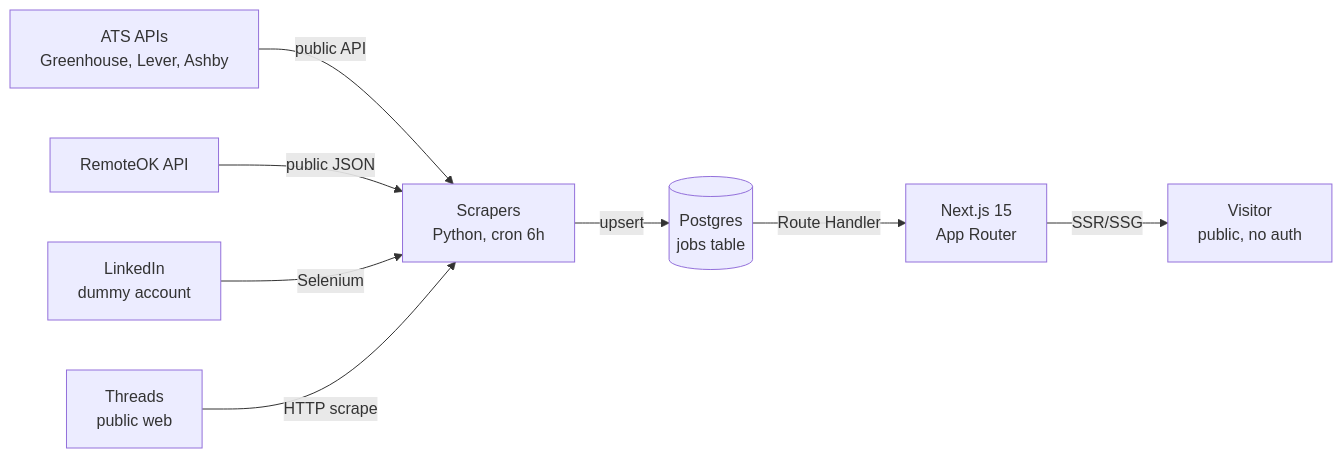
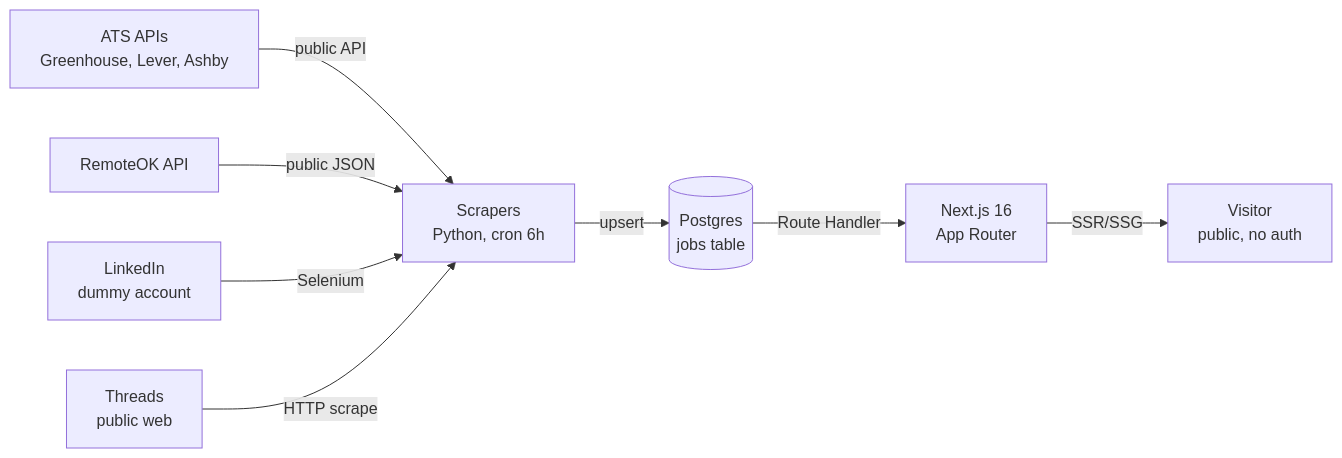
Before and after one commit to muhfauziazhar/job-aggregator: the diagram in docs/03-architecture.md, drawn with Mermaid. The commit also changed other lines of this file and 3 other files, not shown here.

````diff
--- a/docs/03-architecture.md
+++ b/docs/03-architecture.md
@@ -27,20 +27,20 @@
 ```mermaid
 graph LR
   ATS[ATS APIs<br/>Greenhouse, Lever, Ashby]
   RO[RemoteOK API]
   LI[LinkedIn<br/>dummy account]
   TH[Threads<br/>public web]
 
   SCR[Scrapers<br/>Python, cron 6h]
   DB[(Postgres<br/>jobs table)]
-  APP[Next.js 15<br/>App Router]
+  APP[Next.js 16<br/>App Router]
   USR[Visitor<br/>public, no auth]
 
   ATS -->|public API| SCR
   RO -->|public JSON| SCR
   LI -->|Selenium| SCR
   TH -->|HTTP scrape| SCR
   SCR -->|upsert| DB
   DB -->|Route Handler| APP
   APP -->|SSR/SSG| USR
 ```
````
